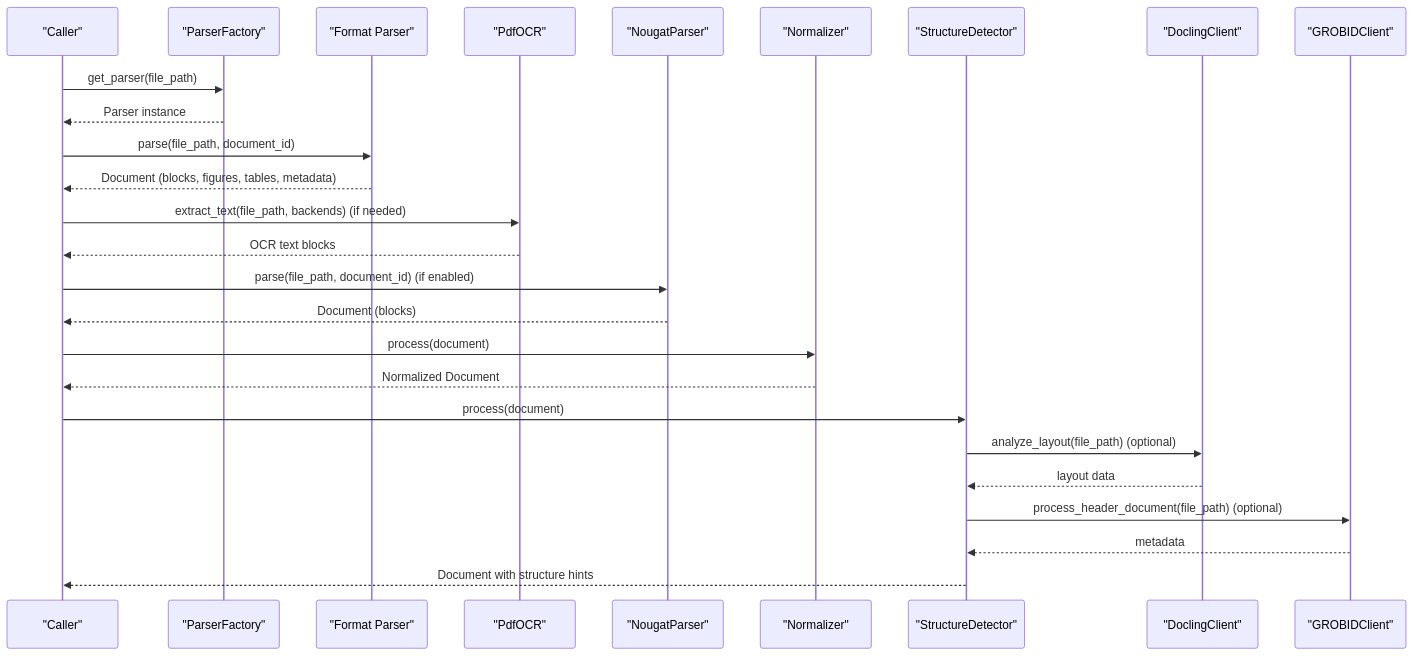
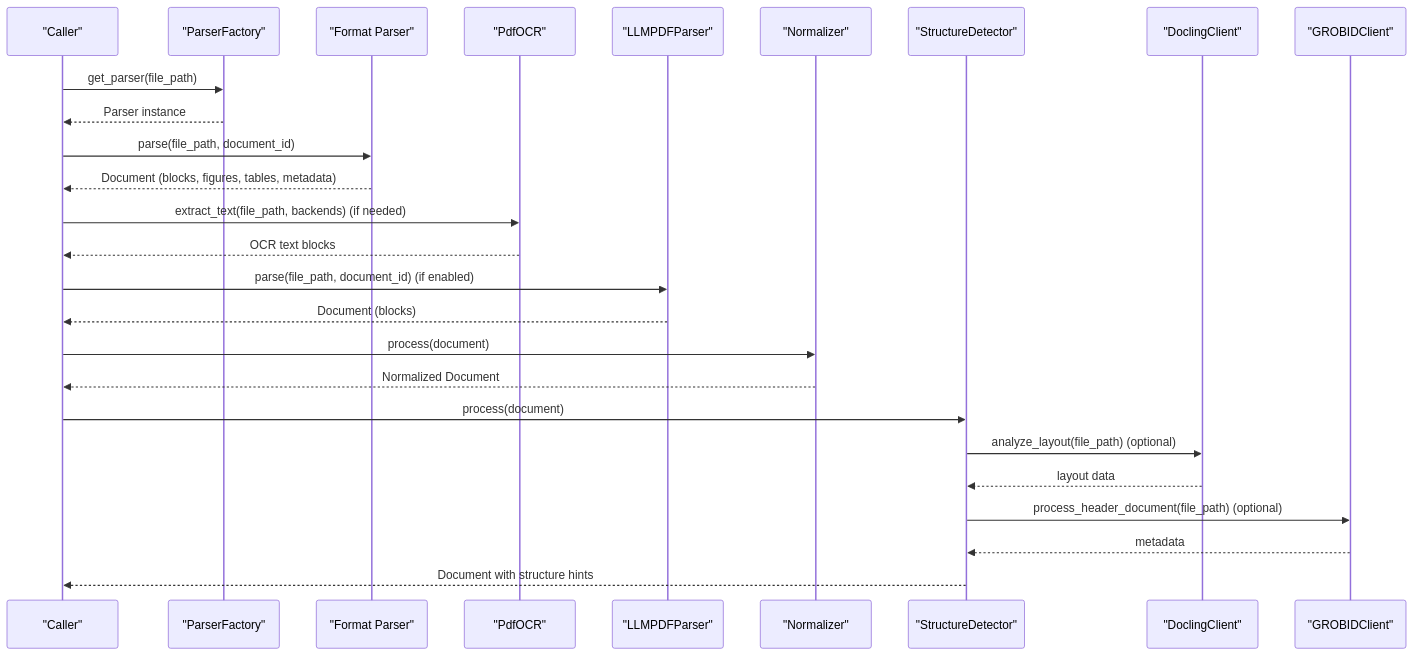
One commit to rohitkumarnaidu/ScholarFormAI changed the second of 6 diagrams in .docs/content/Pipeline Processing/Text Extraction.md. Above: the diagram before and after it, drawn with Mermaid. The commit also changed other lines of this file and 3 other files, not shown here.

````diff
--- a/.docs/content/Pipeline Processing/Text Extraction.md
+++ b/.docs/content/Pipeline Processing/Text Extraction.md
@@ -161,28 +161,28 @@
 ```mermaid
 sequenceDiagram
 participant Client as "Caller"
 participant PF as "ParserFactory"
 participant Parser as "Format Parser"
 participant OCR as "PdfOCR"
-participant Nougat as "NougatParser"
+participant LLMPDF as "LLMPDFParser"
 participant Norm as "Normalizer"
 participant Str as "StructureDetector"
 participant Docling as "DoclingClient"
 participant Grobid as "GROBIDClient"
 Client->>PF : get_parser(file_path)
 PF-->>Client : Parser instance
 Client->>Parser : parse(file_path, document_id)
 Parser-->>Client : Document (blocks, figures, tables, metadata)
 Client->>OCR : extract_text(file_path, backends) (if needed)
 OCR-->>Client : OCR text blocks
-Client->>Nougat : parse(file_path, document_id) (if enabled)
-Nougat-->>Client : Document (blocks)
+Client->>LLMPDF : parse(file_path, document_id) (if enabled)
+LLMPDF-->>Client : Document (blocks)
 Client->>Norm : process(document)
 Norm-->>Client : Normalized Document
 Client->>Str : process(document)
 Str->>Docling : analyze_layout(file_path) (optional)
 Docling-->>Str : layout data
 Str->>Grobid : process_header_document(file_path) (optional)
 Grobid-->>Str : metadata
 Str-->>Client : Document with structure hints
 ```
````
